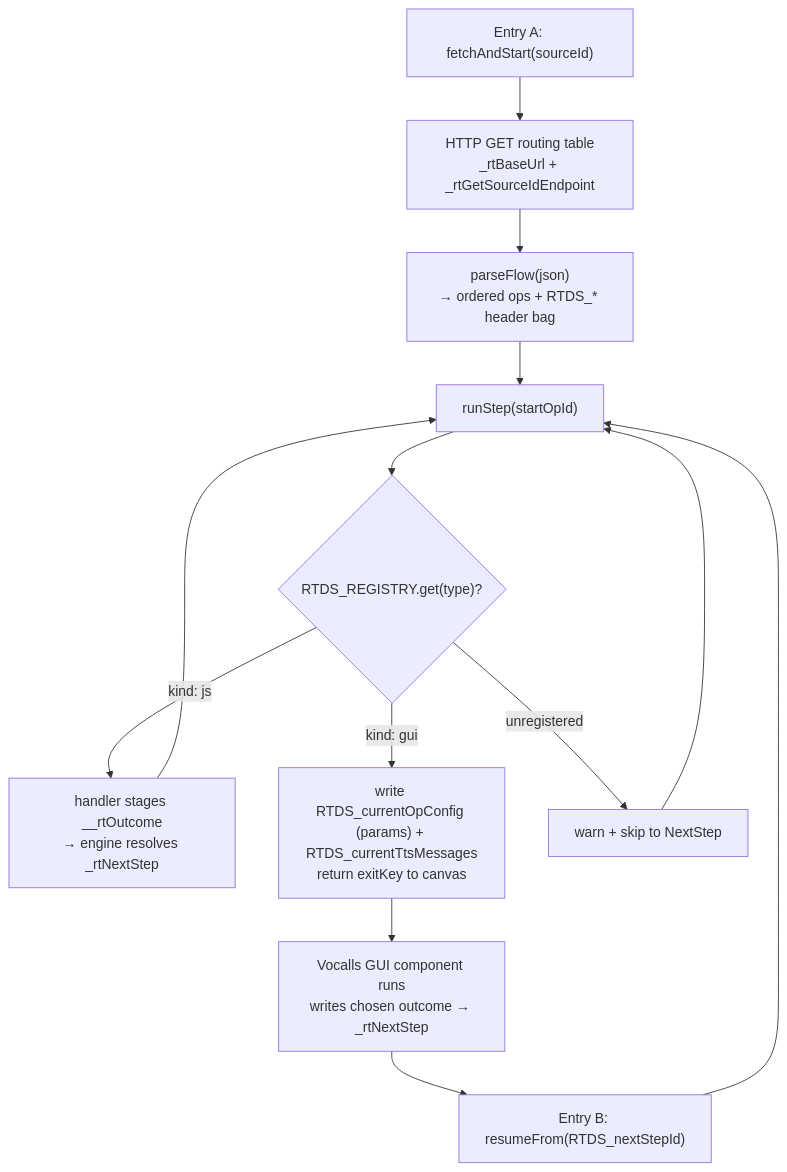
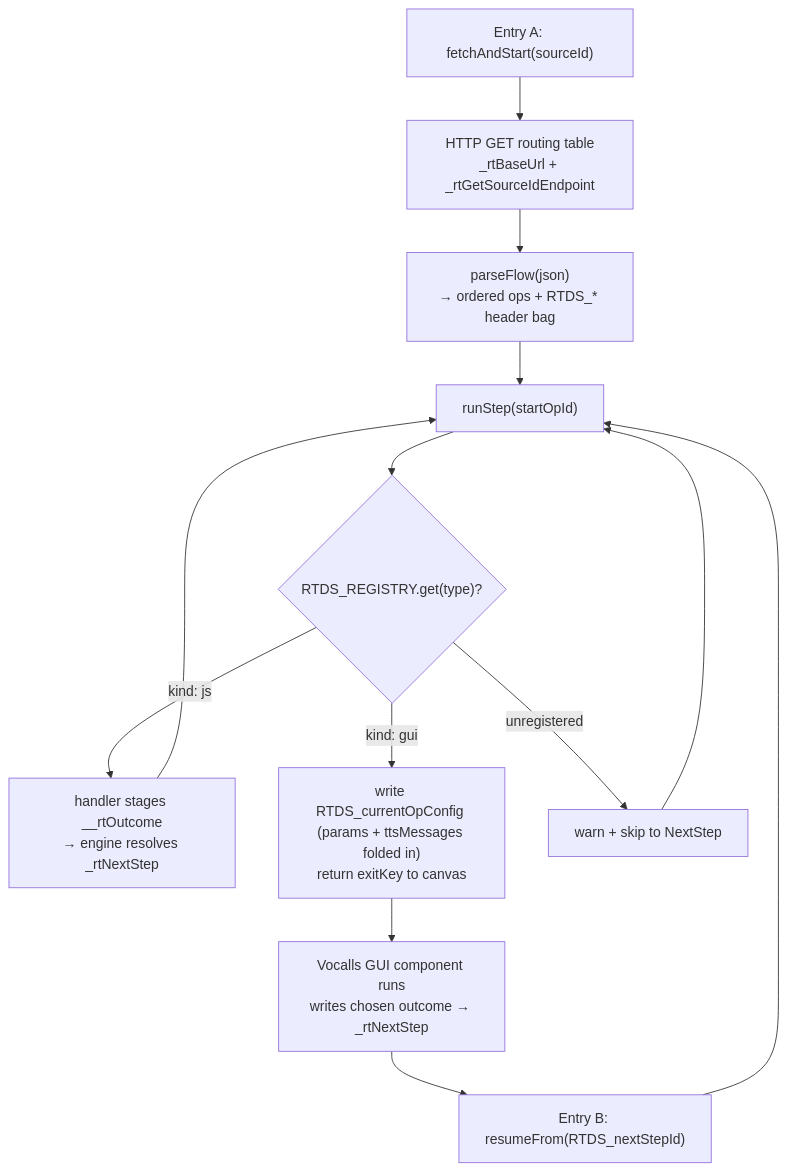
Before and after one commit to MertensMattias/vocalls-rtds: the diagram in rtds/docs/runtime-architecture.md, drawn with Mermaid. The commit also changed other lines of this file and 27 other files, not shown here.

First line of the commit message:
feat(rtds): fold ttsMessages into op config; resolve ${var} in say text

````diff
--- a/rtds/docs/runtime-architecture.md
+++ b/rtds/docs/runtime-architecture.md
@@ -65,15 +65,15 @@
 ```mermaid
 flowchart TD
     A["Entry A: fetchAndStart(sourceId)"] --> F["HTTP GET routing table\n_rtBaseUrl + _rtGetSourceIdEndpoint"]
     F --> P["parseFlow(json)\n→ ordered ops + RTDS_* header bag"]
     P --> RS["runStep(startOpId)"]
     RS --> L{"RTDS_REGISTRY.get(type)?"}
     L -->|"kind: js"| H["handler stages __rtOutcome\n→ engine resolves _rtNextStep"]
     H --> RS
-    L -->|"kind: gui"| G["write RTDS_currentOpConfig (params) + RTDS_currentTtsMessages\nreturn exitKey to canvas"]
+    L -->|"kind: gui"| G["write RTDS_currentOpConfig (params + ttsMessages folded in)\nreturn exitKey to canvas"]
     L -->|"unregistered"| W["warn + skip to NextStep"]
     W --> RS
     G --> C["Vocalls GUI component runs\nwrites chosen outcome → _rtNextStep"]
     C --> B["Entry B: resumeFrom(RTDS_nextStepId)"]
     B --> RS
 ```
````
